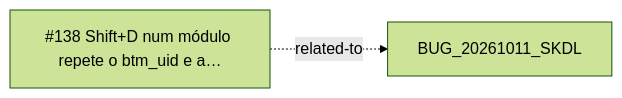
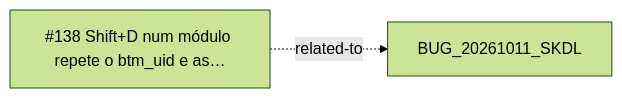
One commit to CAFFDIGITALPLATFORM/caffmob_draw changed the diagram in _reversa_bugs/cutting/generated/graph.md. Above: the diagram before and after it, drawn with Mermaid (forest theme). The commit also changed other lines of this file and 220 other files, not shown here.

````diff
--- a/_reversa_bugs/cutting/generated/graph.md
+++ b/_reversa_bugs/cutting/generated/graph.md
@@ -5,5 +5,5 @@
 ```mermaid
 graph LR
-  BUG_20261012_YUDY["#138 Shift+D num módulo repete o btm_uid e a…"]
+  BUG_20261012_YUDY["#138 Shift+D num módulo repete o btm_uid e as…"]
   BUG_20261012_YUDY -.->|related-to| BUG_20261011_SKDL
 ```
````
